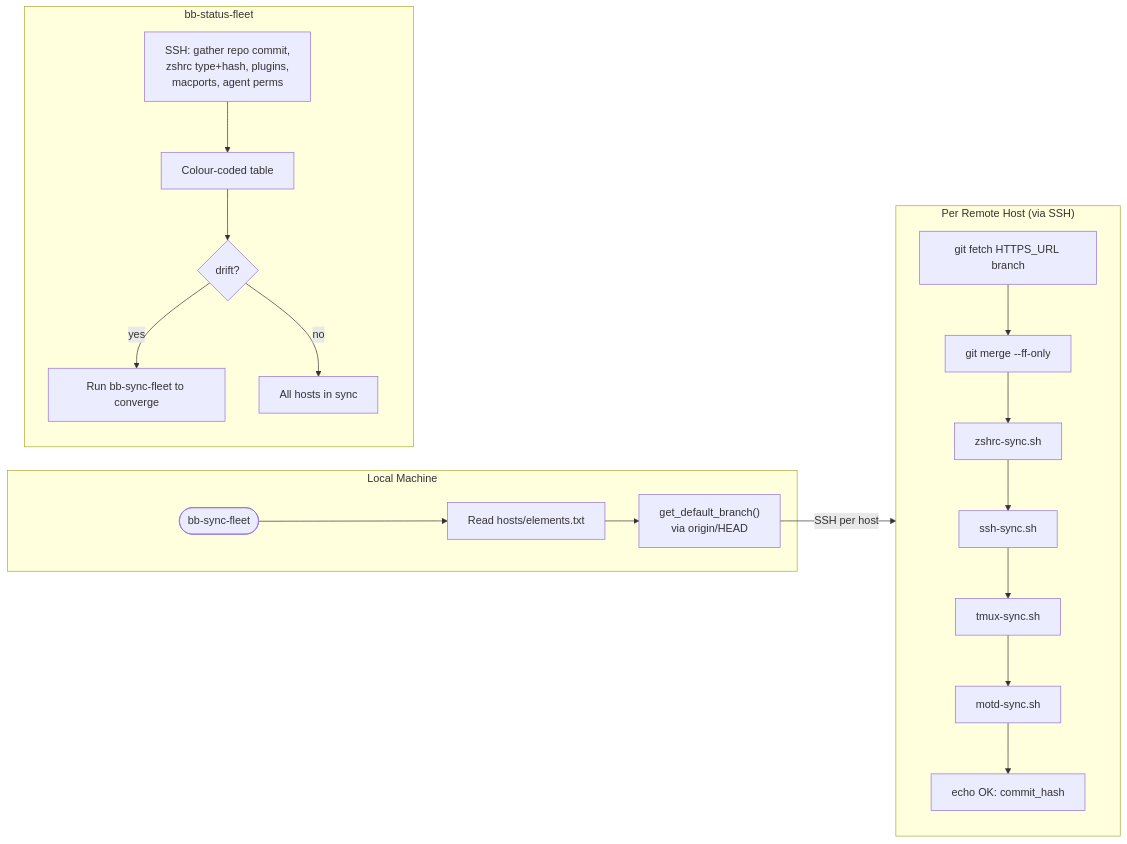
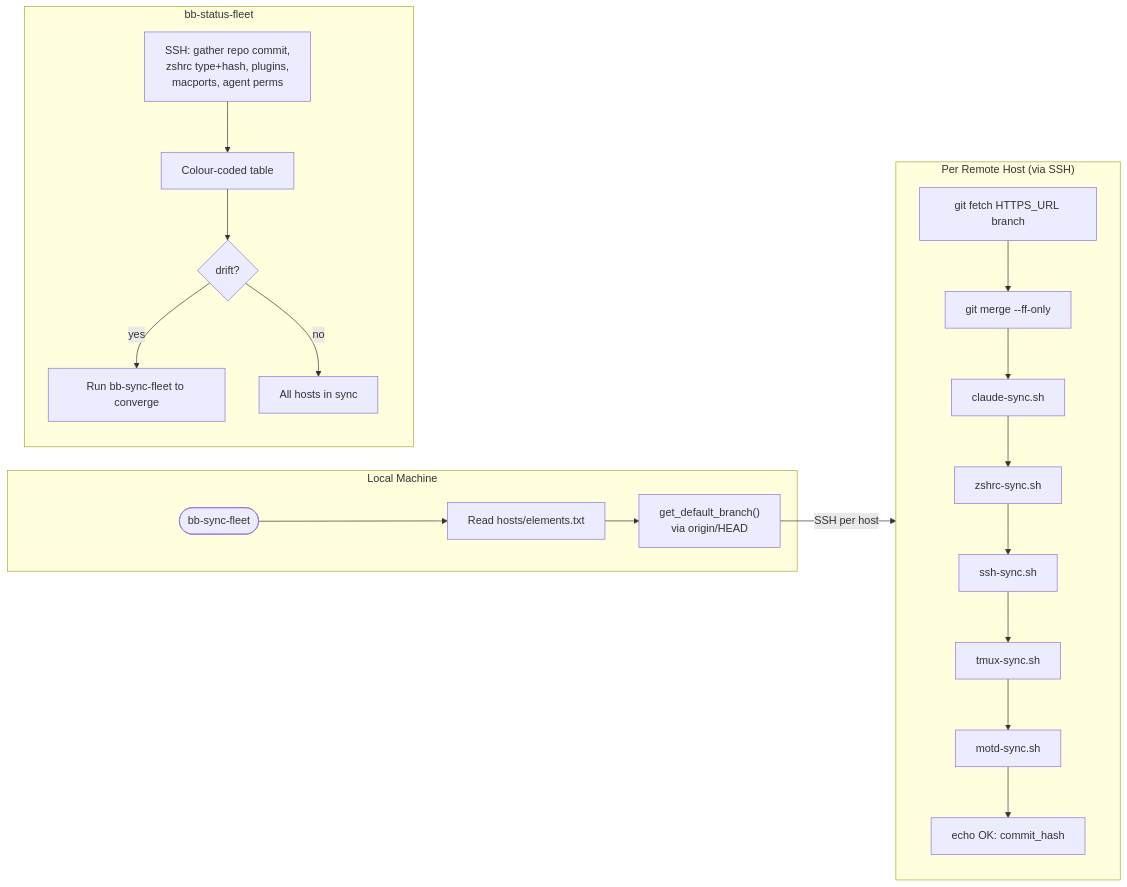
Before and after one commit to matdotcx/boblbee: the sixth of 9 diagrams in ARCHITECTURE.md, drawn with Mermaid. The commit also changed other lines of this file and 5 other files, not shown here.

````diff
--- a/ARCHITECTURE.md
+++ b/ARCHITECTURE.md
@@ -194,27 +208,28 @@
 ```mermaid
 flowchart LR
     subgraph local["Local Machine"]
         sync_fleet(["bb-sync-fleet"]) --> get_hosts["Read hosts/elements.txt"]
         get_hosts --> get_branch["get_default_branch()<br/>via origin/HEAD"]
     end
 
     subgraph per_host["Per Remote Host (via SSH)"]
         direction TB
         fetch["git fetch HTTPS_URL branch"] --> merge["git merge --ff-only"]
-        merge --> run_zshrc["zshrc-sync.sh"]
+        merge --> run_claude["claude-sync.sh"]
+        run_claude --> run_zshrc["zshrc-sync.sh"]
         run_zshrc --> run_ssh["ssh-sync.sh"]
         run_ssh --> run_tmux["tmux-sync.sh"]
         run_tmux --> run_motd["motd-sync.sh"]
         run_motd --> report["echo OK: commit_hash"]
     end
 
     get_branch -->|"SSH per host"| per_host
 
     subgraph status["bb-status-fleet"]
         direction TB
         s1["SSH: gather repo commit,<br/>zshrc type+hash, plugins,<br/>macports, agent perms"] --> s2["Colour-coded table"]
         s2 --> s3{"drift?"}
         s3 -->|yes| s4["Run bb-sync-fleet to converge"]
         s3 -->|no| s5["All hosts in sync"]
     end
 ```
````
